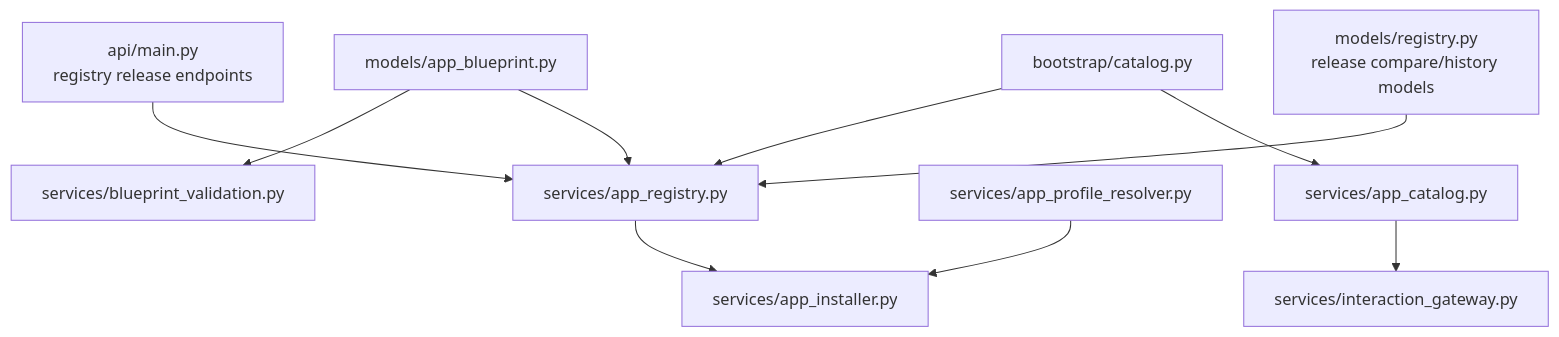
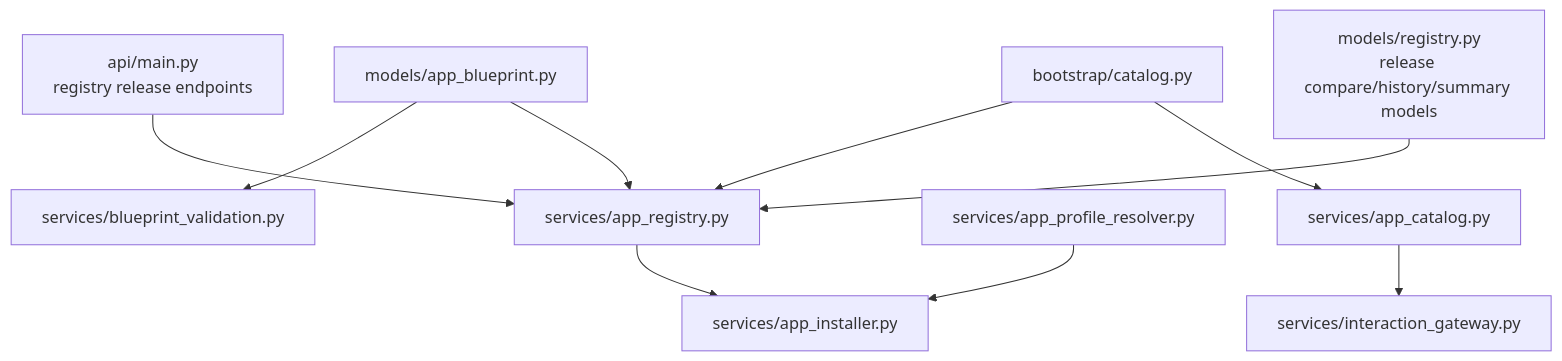
Before and after one commit to wangchienbo/AgentSystem: the third of 20 diagrams in docs/system-relationship-map.md, drawn with Mermaid. The commit also changed other lines of this file and 3 other files, not shown here.

Commit message:
docs: document app control plane summary

````diff
--- a/docs/system-relationship-map.md
+++ b/docs/system-relationship-map.md
@@ -98,12 +98,12 @@
 ```mermaid
 graph TD
     AB[models/app_blueprint.py] --> AR[services/app_registry.py]
     AB --> BV[services/blueprint_validation.py]
-    MREG[models/registry.py\nrelease compare/history models] --> AR[services/app_registry.py]
+    MREG[models/registry.py\nrelease compare/history/summary models] --> AR[services/app_registry.py]
     APIREG[api/main.py\nregistry release endpoints] --> AR
     AR --> AI[services/app_installer.py]
     APR[services/app_profile_resolver.py] --> AI
     ACAT[services/app_catalog.py] --> IG[services/interaction_gateway.py]
     BCAT[bootstrap/catalog.py] --> ACAT
     BCAT --> AR
 ```
````
